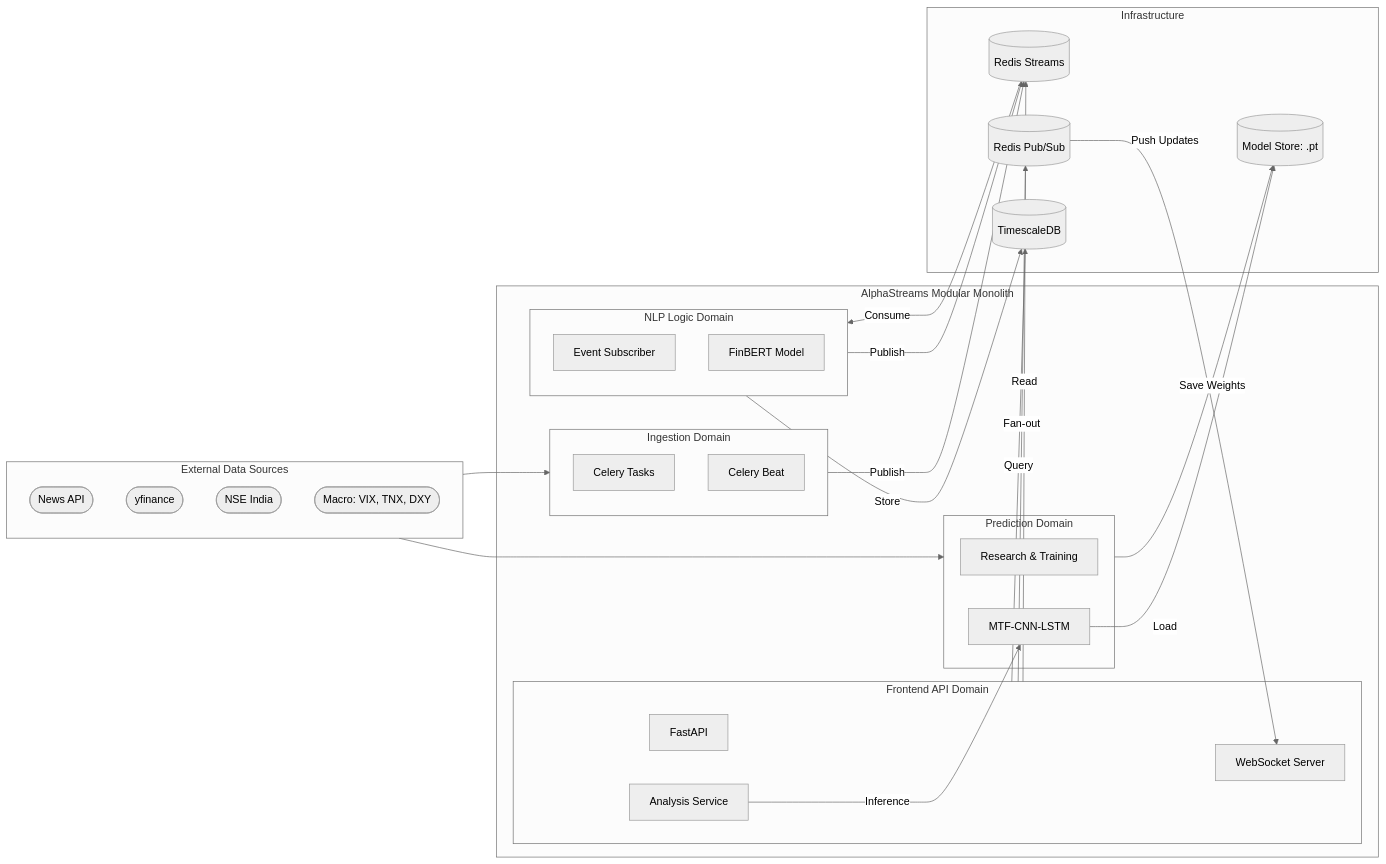
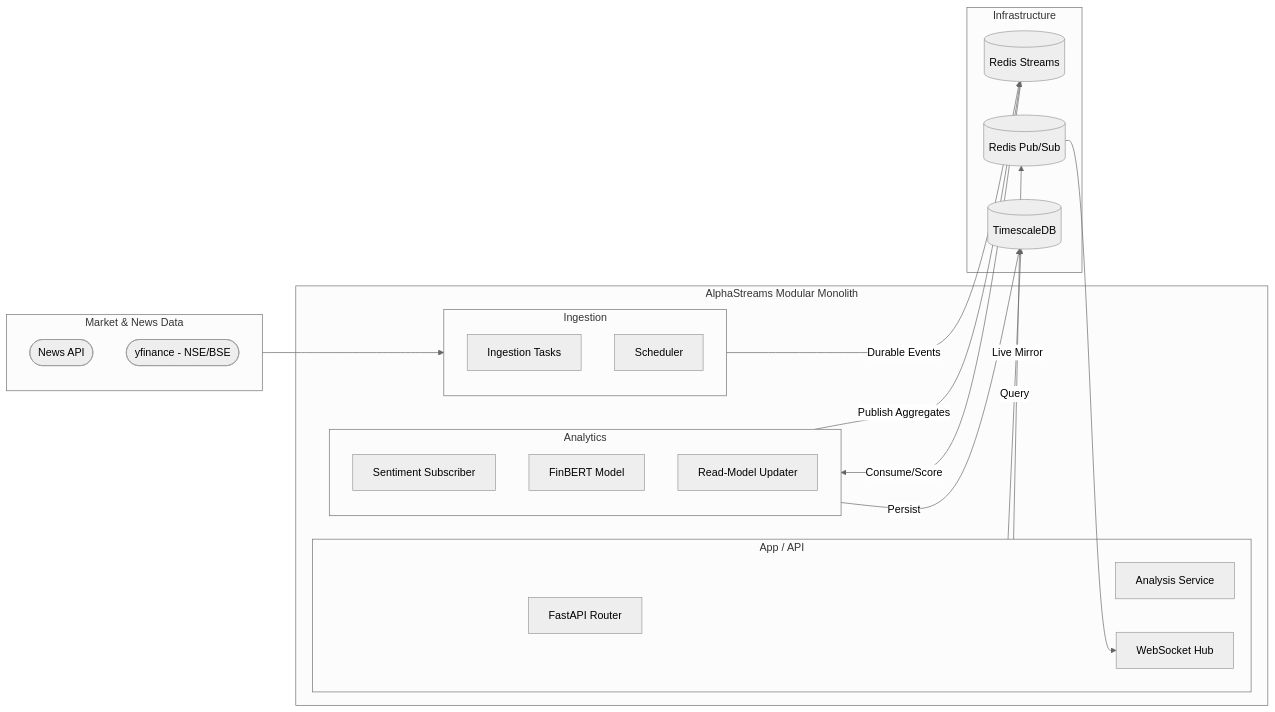
One commit to NirmayKadam/Shani changed the first of 3 diagrams in README.md. Above: the diagram before and after it, drawn with Mermaid (neutral theme). The commit also changed other lines of this file and 187 other files, not shown here.

````diff
--- a/README.md
+++ b/README.md
@@ -46,60 +39,42 @@
 ```mermaid
 graph LR
-    subgraph External_Sources [External Data Sources]
+    subgraph External_Sources [Market & News Data]
         NewsAPI([News API])
-        YFinance([yfinance])
-        NSE([NSE India])
-        Macro([Macro: VIX, TNX, DXY])
+        YFinance([yfinance - NSE/BSE])
     end
 
     subgraph App_Domain [AlphaStreams Modular Monolith]
-        subgraph Ingestion_Domain [Ingestion Domain]
-            CeleryTasks[Celery Tasks]
-            CeleryBeat[Celery Beat]
+        subgraph Ingestion_Context [Ingestion]
+            CeleryTasks[Ingestion Tasks]
+            CeleryBeat[Scheduler]
         end
 
-        subgraph NLP_Logic [NLP Logic Domain]
-            EventSubscriber[Event Subscriber]
+        subgraph Analytics_Context [Analytics]
+            SentimentSub[Sentiment Subscriber]
             FinBERT[FinBERT Model]
+            AggregateUpdater[Read-Model Updater]
         end
 
-        subgraph Prediction_Domain [Prediction Domain]
-            CNNPredictor[MTF-CNN-LSTM]
-            ResearchScripts[Research & Training]
-        end
-
-        subgraph Frontend_Domain [Frontend API Domain]
-            FastAPI[FastAPI]
+        subgraph App_Context [App / API]
+            FastAPI[FastAPI Router]
             AnalysisService[Analysis Service]
-            WSServer[WebSocket Server]
+            WSServer[WebSocket Hub]
         end
     end
 
     subgraph Infrastructure
         RedisStreams[(Redis Streams)]
         RedisPubSub[(Redis Pub/Sub)]
         TimescaleDB[(TimescaleDB)]
-        ModelStore[(Model Store: .pt)]
     end
 
-    %% Ingestion Flow
-    External_Sources --> Ingestion_Domain
-    Ingestion_Domain -- "Publish" --> RedisStreams
-
-    %% NLP Flow
-    RedisStreams -- "Consume" --> NLP_Logic
-    NLP_Logic -- "Store" --> TimescaleDB
-    NLP_Logic -- "Publish" --> RedisStreams
-
-    %% Prediction Flow
-    External_Sources --> Prediction_Domain
-    Prediction_Domain -- "Save Weights" --> ModelStore
-    AnalysisService -- "Inference" --> CNNPredictor
-    CNNPredictor -- "Load" --> ModelStore
-
-    %% Frontend Flow
-    Frontend_Domain -- "Read" --> RedisStreams
-    Frontend_Domain -- "Query" --> TimescaleDB
-    Frontend_Domain -- "Fan-out" --> RedisPubSub
-    RedisPubSub -- "Push Updates" --> WSServer
+    %% Flow
+    External_Sources --> Ingestion_Context
+    Ingestion_Context -- "Durable Events" --> RedisStreams
+    RedisStreams -- "Consume/Score" --> Analytics_Context
+    Analytics_Context -- "Persist" --> TimescaleDB
+    Analytics_Context -- "Publish Aggregates" --> RedisStreams
+    App_Context -- "Query" --> TimescaleDB
+    App_Context -- "Live Mirror" --> RedisPubSub
+    RedisPubSub --> WSServer
 ```
````
